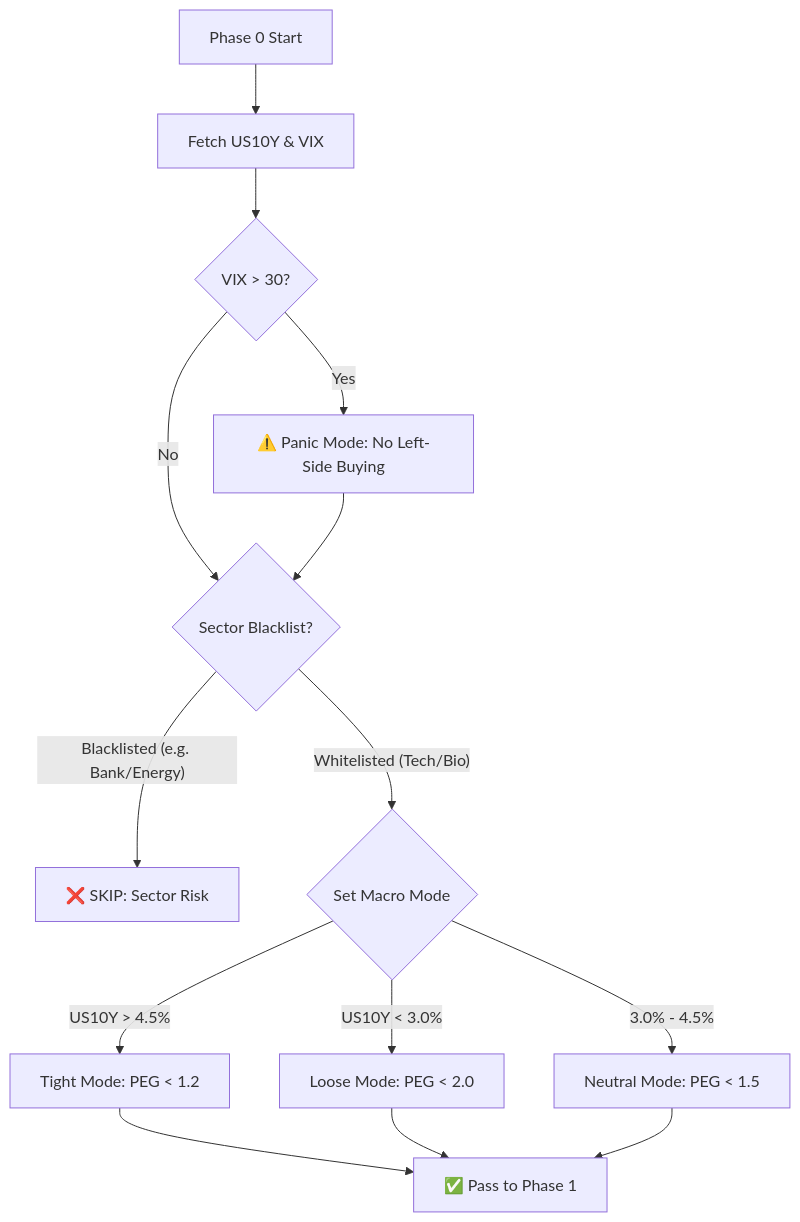
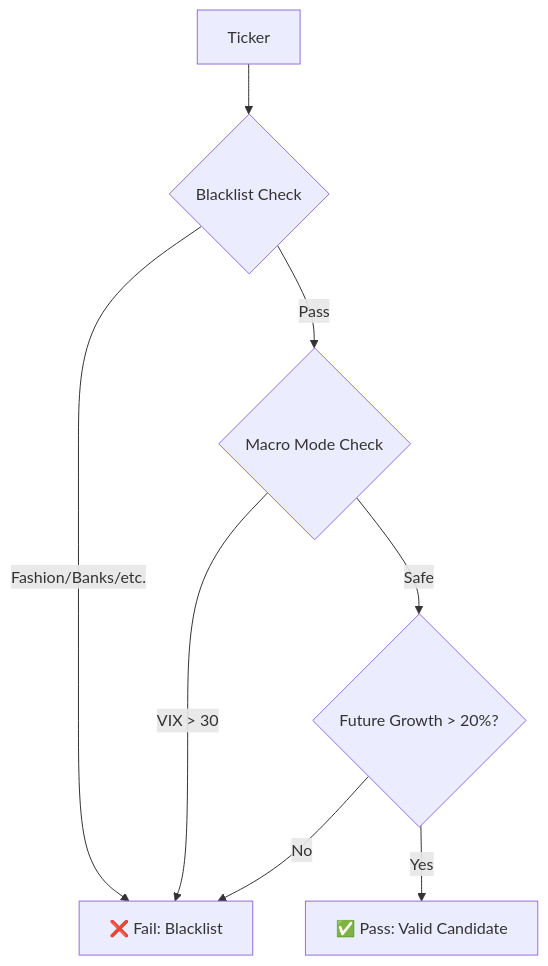
Before and after one commit to WayneJinOSU/growth_ai: the second of 5 diagrams in README.md, drawn with Mermaid. The commit also changed other lines of this file and 9 other files, not shown here.

````diff
--- a/README.md
+++ b/README.md
@@ -55,21 +45,10 @@
 ```mermaid
 graph TD
-    Start[Phase 0 Start] --> GetMacro[Fetch US10Y & VIX]
-    GetMacro --> CheckVIX{VIX > 30?}
-    
-    CheckVIX -- "Yes" --> PanicMode[⚠️ Panic Mode: No Left-Side Buying]
-    CheckVIX -- "No" --> CheckSector{Sector Blacklist?}
-    
-    PanicMode --> CheckSector
-    
-    CheckSector -- "Blacklisted (e.g. Bank/Energy)" --> Reject[❌ SKIP: Sector Risk]
-    CheckSector -- "Whitelisted (Tech/Bio)" --> SetMacro{Set Macro Mode}
-    
-    SetMacro -- "US10Y > 4.5%" --> Tight[Tight Mode: PEG < 1.2]
-    SetMacro -- "US10Y < 3.0%" --> Loose[Loose Mode: PEG < 2.0]
-    SetMacro -- "3.0% - 4.5%" --> Neutral[Neutral Mode: PEG < 1.5]
-    
-    Tight --> Pass[✅ Pass to Phase 1]
-    Loose --> Pass
-    Neutral --> Pass
+    Input[Ticker] --> Blacklist{Blacklist Check}
+    Blacklist -- "Fashion/Banks/etc." --> Fail[❌ Fail: Blacklist]
+    Blacklist -- "Pass" --> Macro{Macro Mode Check}
+    Macro -- "VIX > 30" --> Fail
+    Macro -- "Safe" --> Growth{Future Growth > 20%?}
+    Growth -- "No" --> Fail
+    Growth -- "Yes" --> Pass[✅ Pass: Valid Candidate]
 ```
````
